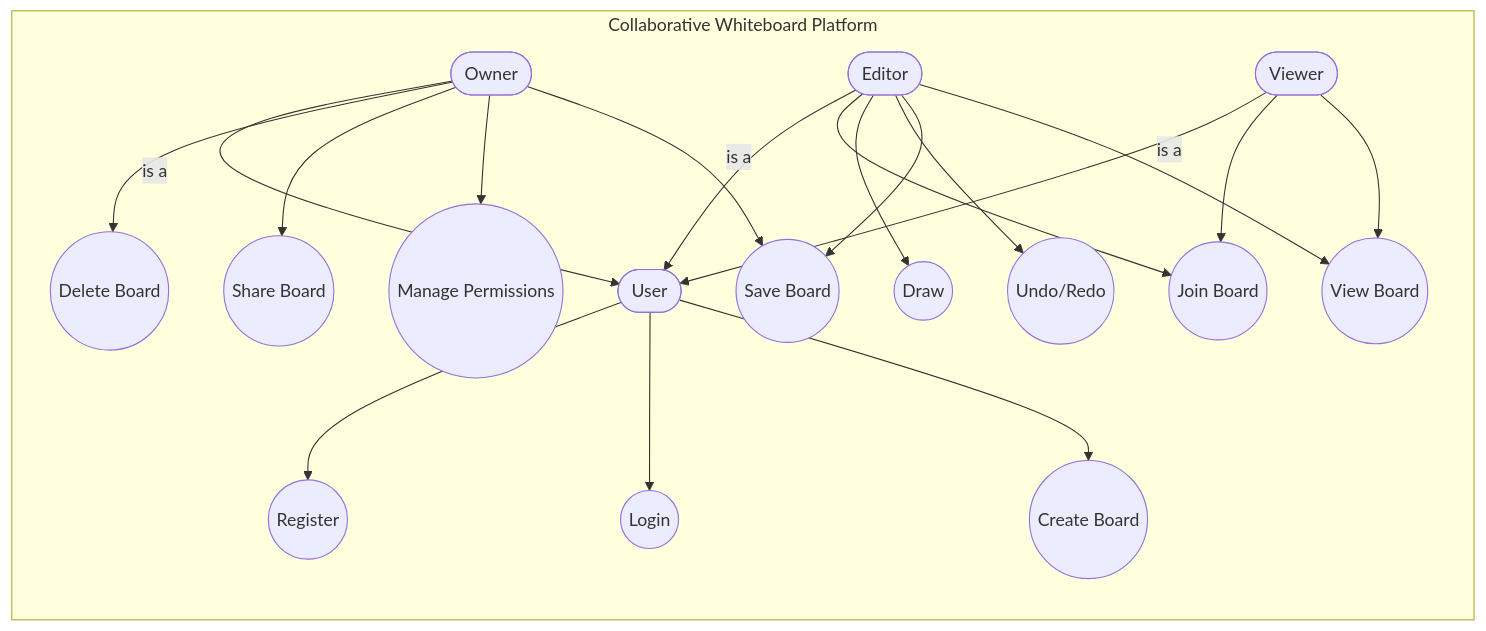
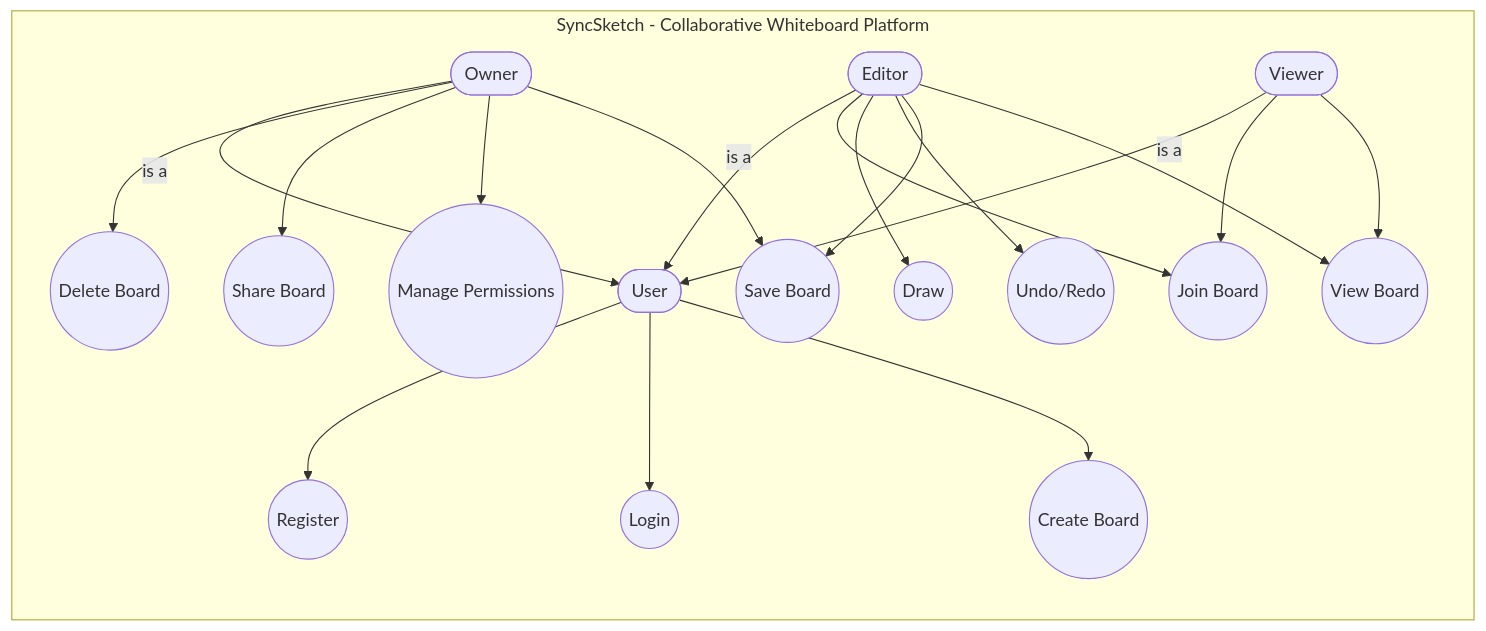
The diagram in useCaseDiagram.md (Divyapahuja31/SESD_Project), drawn with Mermaid before and after one commit. The commit also changed other lines of this file, not shown here.

Commit message:
Add structured professional documentation to Use Case Diagram

````diff
--- a/useCaseDiagram.md
+++ b/useCaseDiagram.md
@@ -3,46 +8,46 @@
 ```mermaid
 flowchart LR
     %% Actors
     User([User])
     Owner([Owner])
     Editor([Editor])
     Viewer([Viewer])
 
     %% Inheritance / Roles
     Owner -->|is a| User
     Editor -->|is a| User
     Viewer -->|is a| User
 
     %% Use Cases
-    subgraph Collaborative Whiteboard Platform
+    subgraph SyncSketch - Collaborative Whiteboard Platform
         Register((Register))
         Login((Login))
         CreateBoard((Create Board))
         DeleteBoard((Delete Board))
         JoinBoard((Join Board))
         Draw((Draw))
         UndoRedo((Undo/Redo))
         ShareBoard((Share Board))
         ManagePerms((Manage Permissions))
         SaveBoard((Save Board))
         ViewBoard((View Board))
         
         User --> Register
         User --> Login
         User --> CreateBoard
     
         Owner --> DeleteBoard
         Owner --> ShareBoard
         Owner --> ManagePerms
         Owner --> SaveBoard
     
         Editor --> JoinBoard
         Editor --> Draw
         Editor --> UndoRedo
         Editor --> SaveBoard
         Editor --> ViewBoard
     
         Viewer --> JoinBoard
         Viewer --> ViewBoard
     end
 ```
````
